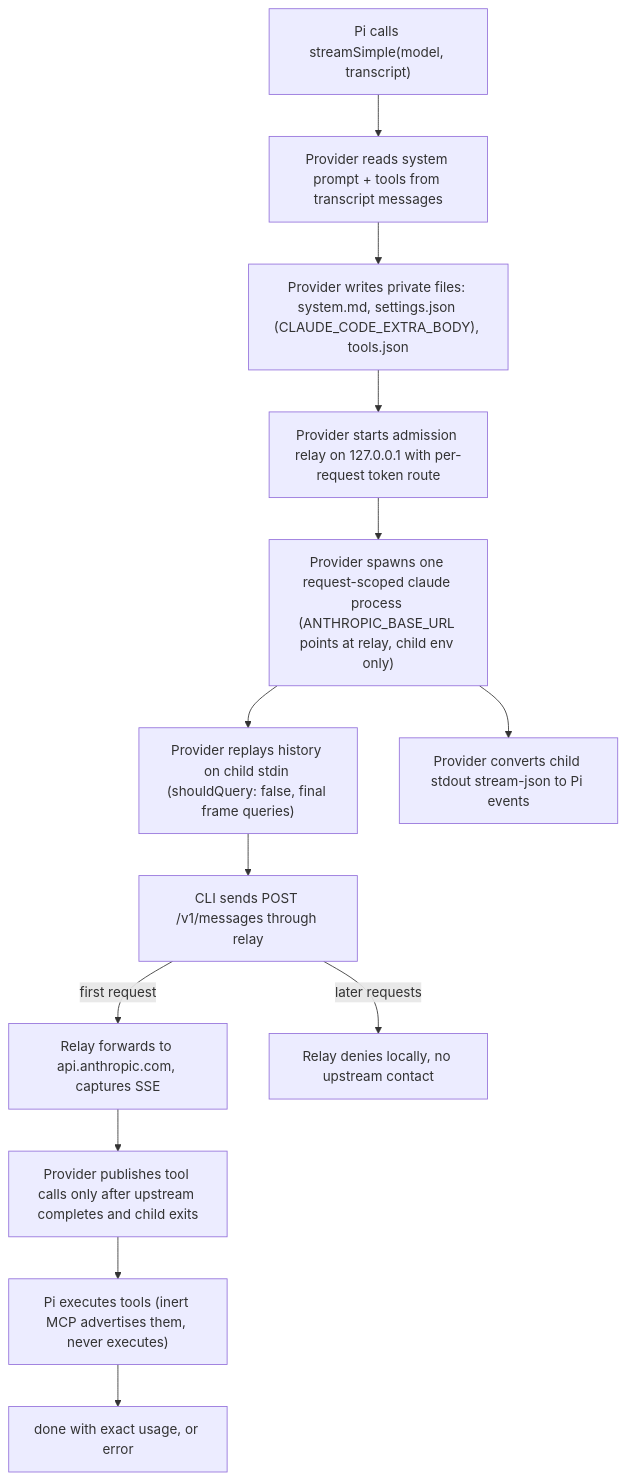
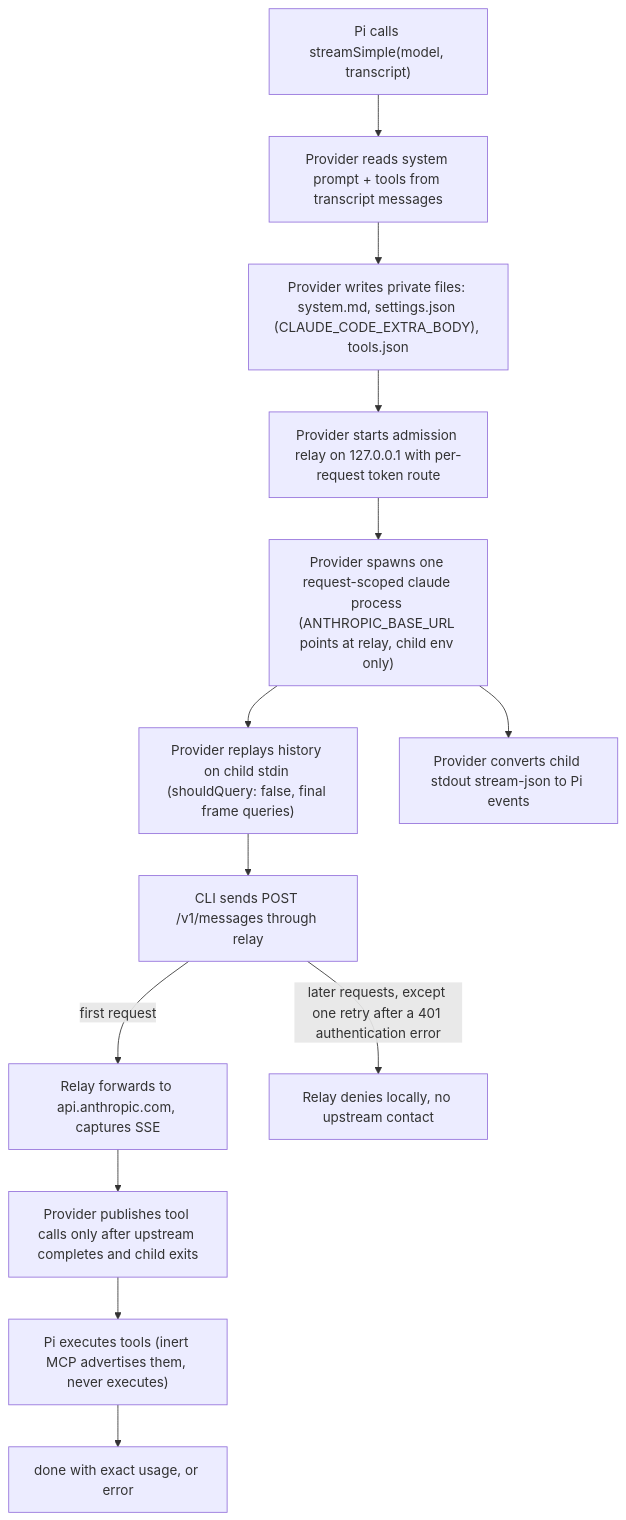
Before and after one commit to yamatakeru/pi-claude-directsdk: the diagram in docs/architecture.md, drawn with Mermaid. The commit also changed other lines of this file and 6 other files, not shown here.

First line of the commit message:
Admit Claude Code's one retry after a 401 authentication error (#96)

````diff
--- a/docs/architecture.md
+++ b/docs/architecture.md
@@ -5,15 +5,15 @@
 ```mermaid
 flowchart TD
     A["Pi calls streamSimple(model, transcript)"] --> B["Provider reads system prompt + tools from transcript messages"]
     B --> C["Provider writes private files: system.md, settings.json (CLAUDE_CODE_EXTRA_BODY), tools.json"]
     C --> D["Provider starts admission relay on 127.0.0.1 with per-request token route"]
     D --> E["Provider spawns one request-scoped claude process (ANTHROPIC_BASE_URL points at relay, child env only)"]
     E --> F["Provider replays history on child stdin (shouldQuery: false, final frame queries)"]
     F --> G["CLI sends POST /v1/messages through relay"]
     G -->|first request| H["Relay forwards to api.anthropic.com, captures SSE"]
-    G -->|later requests| I["Relay denies locally, no upstream contact"]
+    G -->|later requests, except one retry after a 401 authentication error| I["Relay denies locally, no upstream contact"]
     E --> J["Provider converts child stdout stream-json to Pi events"]
     H --> K["Provider publishes tool calls only after upstream completes and child exits"]
     K --> L["Pi executes tools (inert MCP advertises them, never executes)"]
     L --> M["done with exact usage, or error"]
 ```
````
